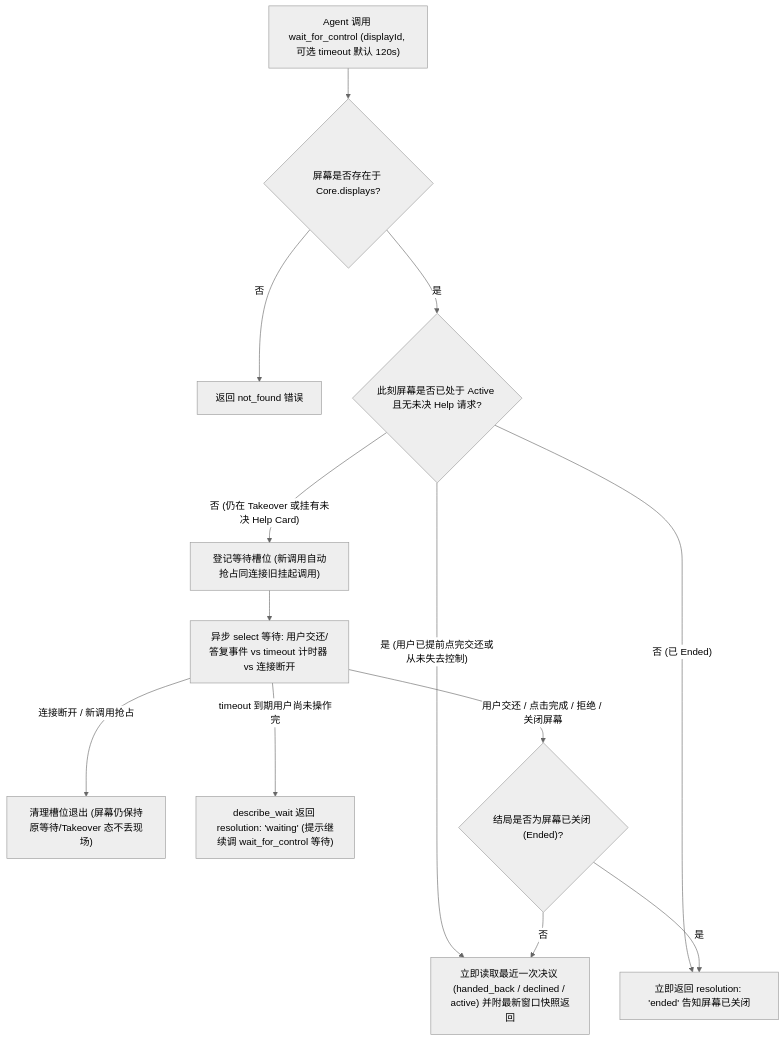
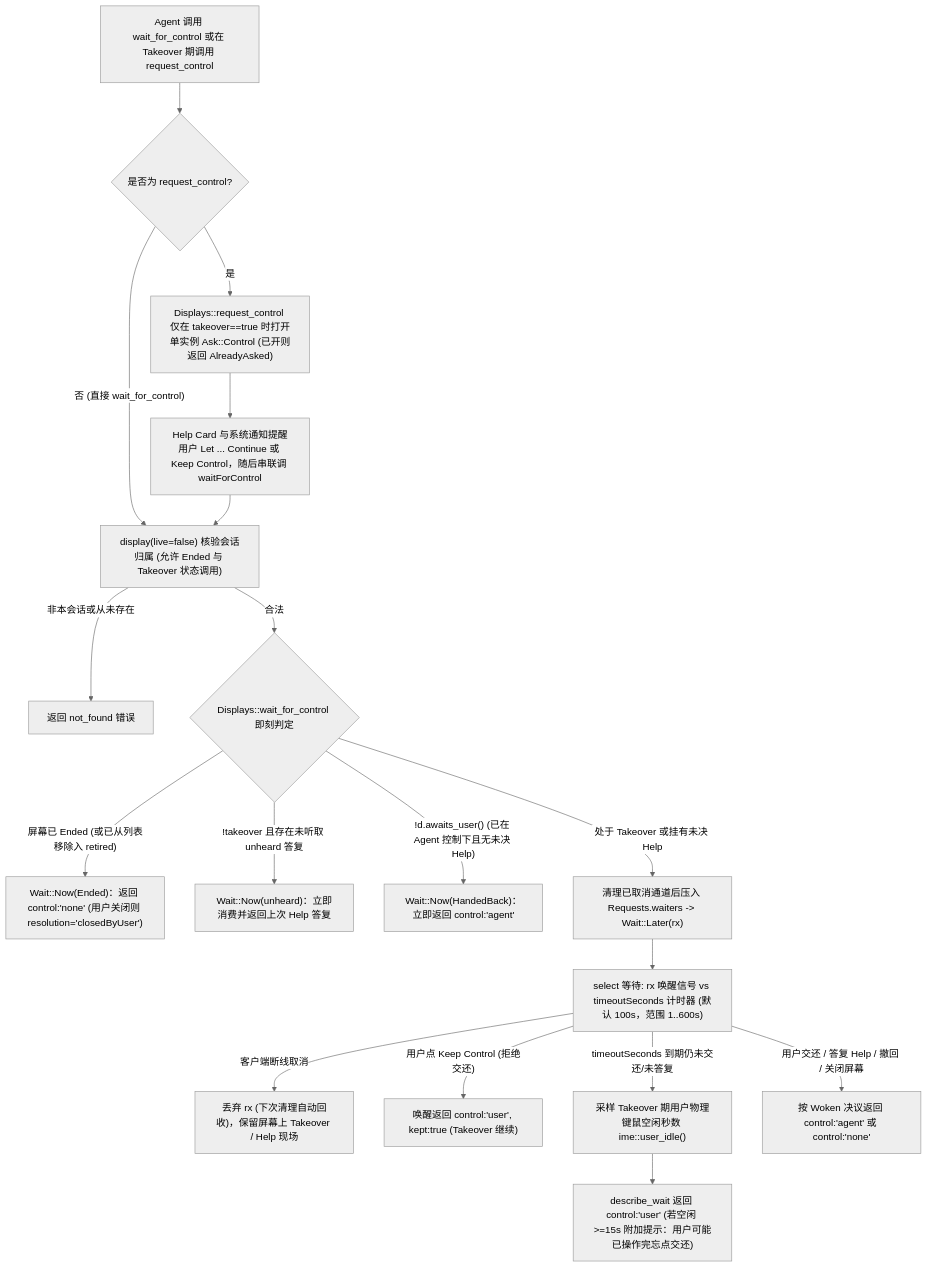
The second of 2 diagrams in docs/flows/08-takeover-and-help-requests.md (Fanzzzd/agent-screen), drawn with Mermaid (neutral theme) before and after one commit. The commit also changed other lines of this file and 16 other files, not shown here.

First line of the commit message:
docs(docs): audit flow maps row by row with source quotes

````diff
--- a/docs/flows/08-takeover-and-help-requests.md
+++ b/docs/flows/08-takeover-and-help-requests.md
@@ -73,15 +76,20 @@
 ```mermaid
 flowchart TD
-    W1["Agent 调用 wait_for_control (displayId, 可选 timeout 默认 120s)"] --> W2{"屏幕是否存在于 Core.displays?"}
-    W2 -->|"否"| WX1["返回 not_found 错误"]
-    W2 -->|"是"| W3{"此刻屏幕是否已处于 Active 且无未决 Help 请求?"}
-    W3 -->|"是 (用户已提前点完交还或从未失去控制)"| WR1["立即读取最近一次决议 (handed_back / declined / active) 并附最新窗口快照返回"]
-    W3 -->|"否 (已 Ended)"| WR2["立即返回 resolution: 'ended' 告知屏幕已关闭"]
-    W3 -->|"否 (仍在 Takeover 或挂有未决 Help Card)"| W4["登记等待槽位 (新调用自动抢占同连接旧挂起调用)"]
-    W4 --> W5["异步 select 等待: 用户交还/答复事件 vs timeout 计时器 vs 连接断开"]
-    W5 -->|"连接断开 / 新调用抢占"| WX2["清理槽位退出 (屏幕仍保持原等待/Takeover 态不丢现场)"]
-    W5 -->|"timeout 到期用户尚未操作完"| WR3["describe_wait 返回 resolution: 'waiting' (提示继续调 wait_for_control 等待)"]
-    W5 -->|"用户交还 / 点击完成 / 拒绝 / 关闭屏幕"| W6{"结局是否为屏幕已关闭 (Ended)?"}
-    W6 -->|"是"| WR2
-    W6 -->|"否"| WR1
+    W1["Agent 调用 wait_for_control 或在 Takeover 期调用 request_control"] --> W_RC{"是否为 request_control?"}
+    W_RC -->|"是"| RC1["Displays::request_control 仅在 takeover==true 时打开单实例 Ask::Control (已开则返回 AlreadyAsked)"]
+    RC1 --> RC2["Help Card 与系统通知提醒用户 Let ... Continue 或 Keep Control，随后串联调 waitForControl"]
+    W_RC -->|"否 (直接 wait_for_control)"| W2["display(live=false) 核验会话归属 (允许 Ended 与 Takeover 状态调用)"]
+    RC2 --> W2
+    W2 -->|"非本会话或从未存在"| WX1["返回 not_found 错误"]
+    W2 -->|"合法"| W3{"Displays::wait_for_control 即刻判定"}
+    W3 -->|"屏幕已 Ended (或已从列表移除入 retired)"| WR_END["Wait::Now(Ended)：返回 control:'none' (用户关闭则 resolution='closedByUser')"]
+    W3 -->|"!takeover 且存在未听取 unheard 答复"| WR_UNHEARD["Wait::Now(unheard)：立即消费并返回上次 Help 答复"]
+    W3 -->|"!d.awaits_user() (已在 Agent 控制下且无未决 Help)"| WR_AGENT["Wait::Now(HandedBack)：立即返回 control:'agent'"]
+    W3 -->|"处于 Takeover 或挂有未决 Help"| W4["清理已取消通道后压入 Requests.waiters -> Wait::Later(rx)"]
+    W4 --> W5["select 等待: rx 唤醒信号 vs timeoutSeconds 计时器 (默认 100s，范围 1..600s)"]
+    W5 -->|"客户端断线取消"| WX2["丢弃 rx (下次清理自动回收)，保留屏幕上 Takeover / Help 现场"]
+    W5 -->|"用户点 Keep Control (拒绝交还)"| WR_KEPT["唤醒返回 control:'user', kept:true (Takeover 继续)"]
+    W5 -->|"timeoutSeconds 到期仍未交还/未答复"| W6["采样 Takeover 期用户物理键鼠空闲秒数 ime::user_idle()"]
+    W6 --> WR_TIME["describe_wait 返回 control:'user' (若空闲 >=15s 附加提示：用户可能已操作完忘点交还)"]
+    W5 -->|"用户交还 / 答复 Help / 撤回 / 关闭屏幕"| WR_WAKE["按 Woken 决议返回 control:'agent' 或 control:'none'"]
 ```
````
